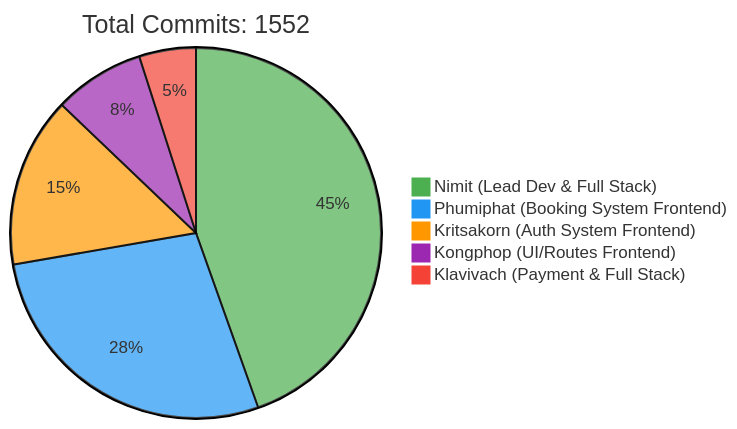
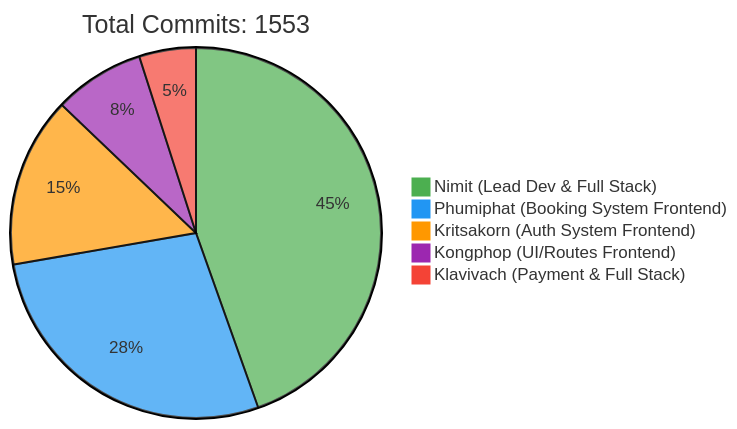
The first of 2 diagrams in README.md (6531503042/Sport-Complex), drawn with Mermaid before and after one commit. The commit also changed other lines of this file, not shown here.

Commit message:
docs: Update contributor statistics [skip ci]

````diff
--- a/README.md
+++ b/README.md
@@ -257,10 +257,10 @@
 ```mermaid
 %%{init: {'theme': 'base', 'themeVariables': { 'pie1': '#4CAF50', 'pie2': '#2196F3', 'pie3': '#FF9800', 'pie4': '#9C27B0', 'pie5': '#F44336'}}}%%
 pie
-    title Total Commits: 1552
+    title Total Commits: 1553
     "Nimit (Lead Dev & Full Stack)" : 450
     "Phumiphat (Booking System Frontend)" : 280
     "Kritsakorn (Auth System Frontend)" : 150
     "Kongphop (UI/Routes Frontend)" : 80
     "Klavivach (Payment & Full Stack)" : 50
 ```
````
